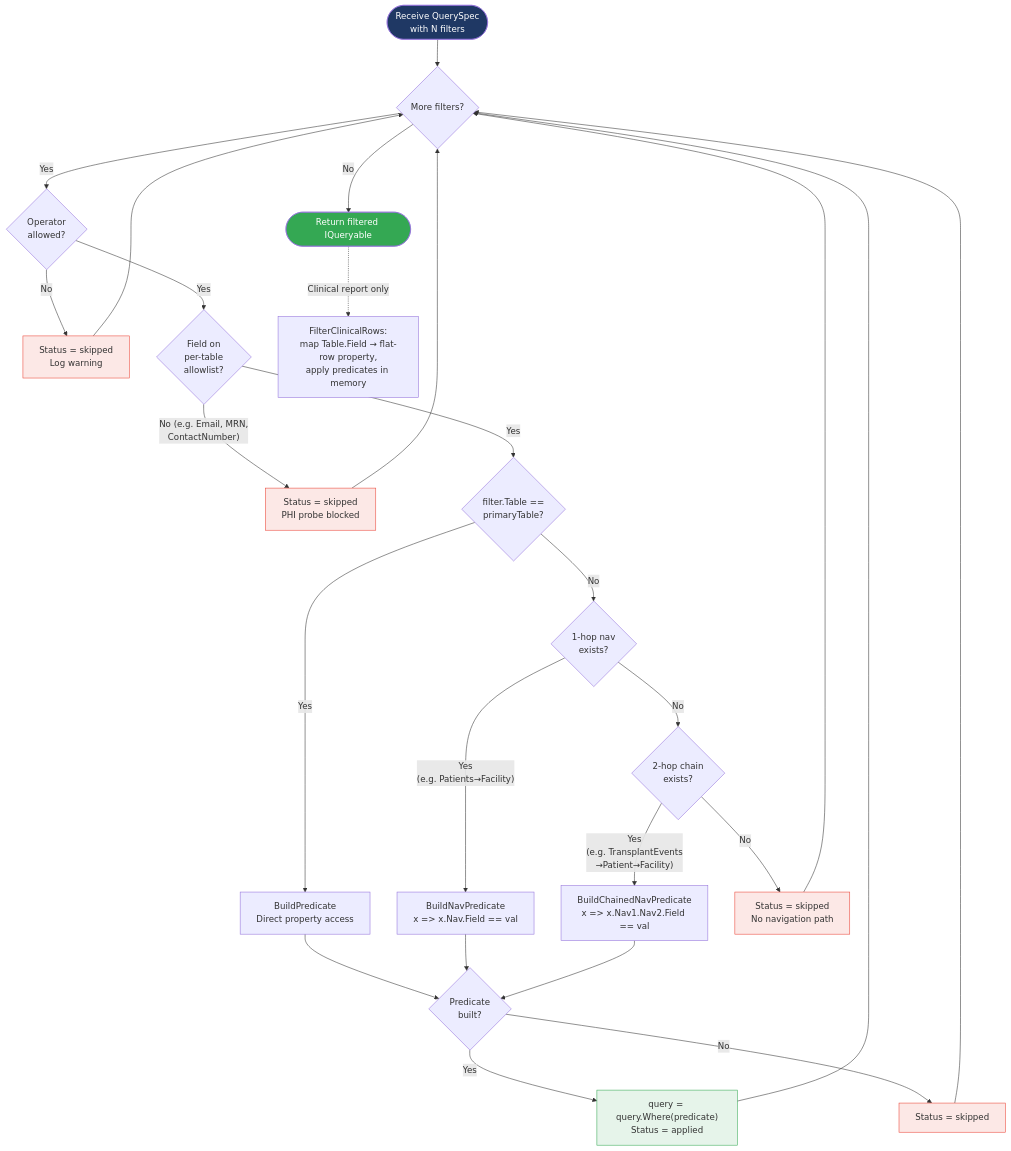
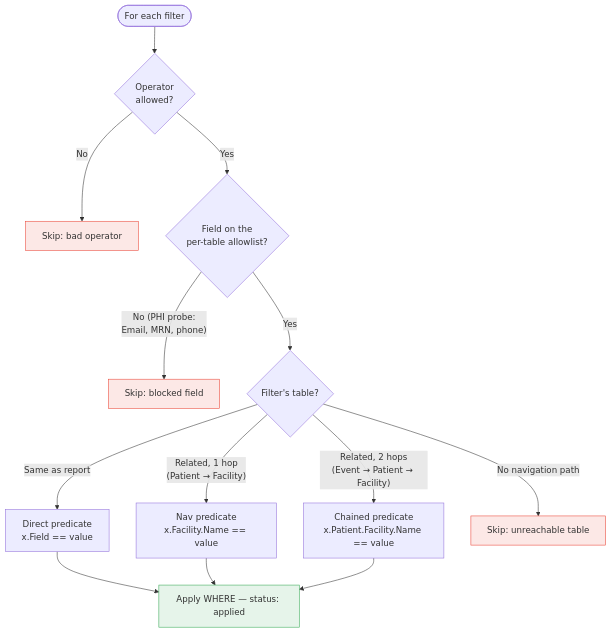
The fourth of 5 diagrams in docs/runbook-ai-report-forge-poc.md (amitraut18-citiustech/AI-Report-Generation), drawn with Mermaid before and after one commit. The commit also changed other lines of this file and 29 other files, not shown here.

````diff
--- a/docs/runbook-ai-report-forge-poc.md
+++ b/docs/runbook-ai-report-forge-poc.md
@@ -541,48 +441,23 @@
 ```mermaid
 flowchart TD
-    START([Receive QuerySpec<br/>with N filters]) --> LOOP{More filters?}
+    F([For each filter]) --> OP{Operator<br/>allowed?}
+    OP -->|No| S1[Skip: bad operator]
 
-    LOOP -->|Yes| CHECK_OP{Operator<br/>allowed?}
-    CHECK_OP -->|No| SKIP1[Status = skipped<br/>Log warning]
-    SKIP1 --> LOOP
+    OP -->|Yes| AL{Field on the<br/>per-table allowlist?}
+    AL -->|"No (PHI probe:<br/>Email, MRN, phone)"| S2[Skip: blocked field]
 
-    CHECK_OP -->|Yes| CHECK_FIELD{Field on<br/>per-table<br/>allowlist?}
-    CHECK_FIELD -->|"No (e.g. Email, MRN,<br/>ContactNumber)"| SKIP0[Status = skipped<br/>PHI probe blocked]
-    SKIP0 --> LOOP
+    AL -->|Yes| T{Filter's table?}
+    T -->|Same as report| D["Direct predicate<br/>x.Field == value"]
+    T -->|"Related, 1 hop<br/>(Patient → Facility)"| N1["Nav predicate<br/>x.Facility.Name == value"]
+    T -->|"Related, 2 hops<br/>(Event → Patient → Facility)"| N2["Chained predicate<br/>x.Patient.Facility.Name == value"]
+    T -->|No navigation path| S3[Skip: unreachable table]
 
-    CHECK_FIELD -->|Yes| SAME_TABLE{filter.Table ==<br/>primaryTable?}
+    D --> W["Apply WHERE — status: applied"]
+    N1 --> W
+    N2 --> W
 
-    SAME_TABLE -->|Yes| BUILD_DIRECT[BuildPredicate<br/>Direct property access]
-    BUILD_DIRECT --> APPLY
-
-    SAME_TABLE -->|No| NAV_1HOP{1-hop nav<br/>exists?}
-
-    NAV_1HOP -->|"Yes<br/>(e.g. Patients→Facility)"| BUILD_NAV[BuildNavPredicate<br/>x => x.Nav.Field == val]
-    BUILD_NAV --> APPLY
-
-    NAV_1HOP -->|No| NAV_2HOP{2-hop chain<br/>exists?}
-
-    NAV_2HOP -->|"Yes<br/>(e.g. TransplantEvents<br/>→Patient→Facility)"| BUILD_CHAIN[BuildChainedNavPredicate<br/>x => x.Nav1.Nav2.Field == val]
-    BUILD_CHAIN --> APPLY
-
-    NAV_2HOP -->|No| SKIP2[Status = skipped<br/>No navigation path]
-    SKIP2 --> LOOP
-
-    APPLY{Predicate<br/>built?}
-    APPLY -->|Yes| WHERE["query = query.Where(predicate)<br/>Status = applied"]
-    APPLY -->|No| SKIP3[Status = skipped]
-    WHERE --> LOOP
-    SKIP3 --> LOOP
-
-    LOOP -->|No| DONE([Return filtered IQueryable])
-
-    DONE -.->|"Clinical report only"| CLIN["FilterClinicalRows:<br/>map Table.Field → flat-row property,<br/>apply predicates in memory"]
-
-    style START fill:#1f3864,color:#fff
-    style DONE fill:#34a853,color:#fff
-    style SKIP0 fill:#fce8e6,stroke:#ea4335
-    style SKIP1 fill:#fce8e6,stroke:#ea4335
-    style SKIP2 fill:#fce8e6,stroke:#ea4335
-    style SKIP3 fill:#fce8e6,stroke:#ea4335
-    style WHERE fill:#e6f4ea,stroke:#34a853
+    style W fill:#e6f4ea,stroke:#34a853
+    style S1 fill:#fce8e6,stroke:#ea4335
+    style S2 fill:#fce8e6,stroke:#ea4335
+    style S3 fill:#fce8e6,stroke:#ea4335
 ```
````
